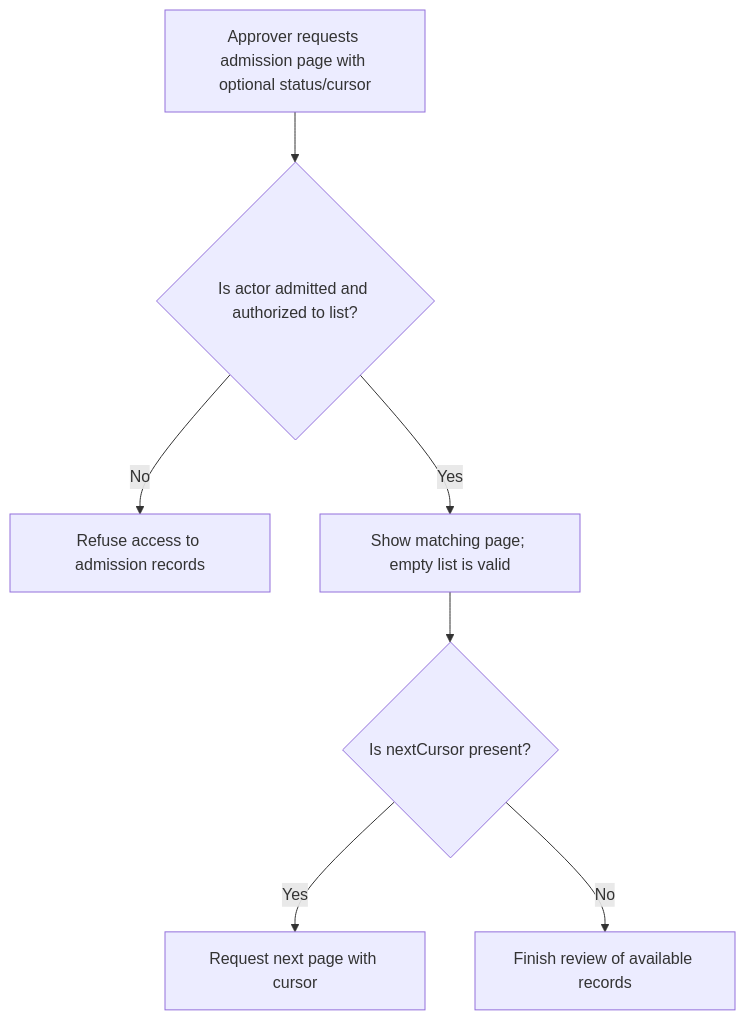
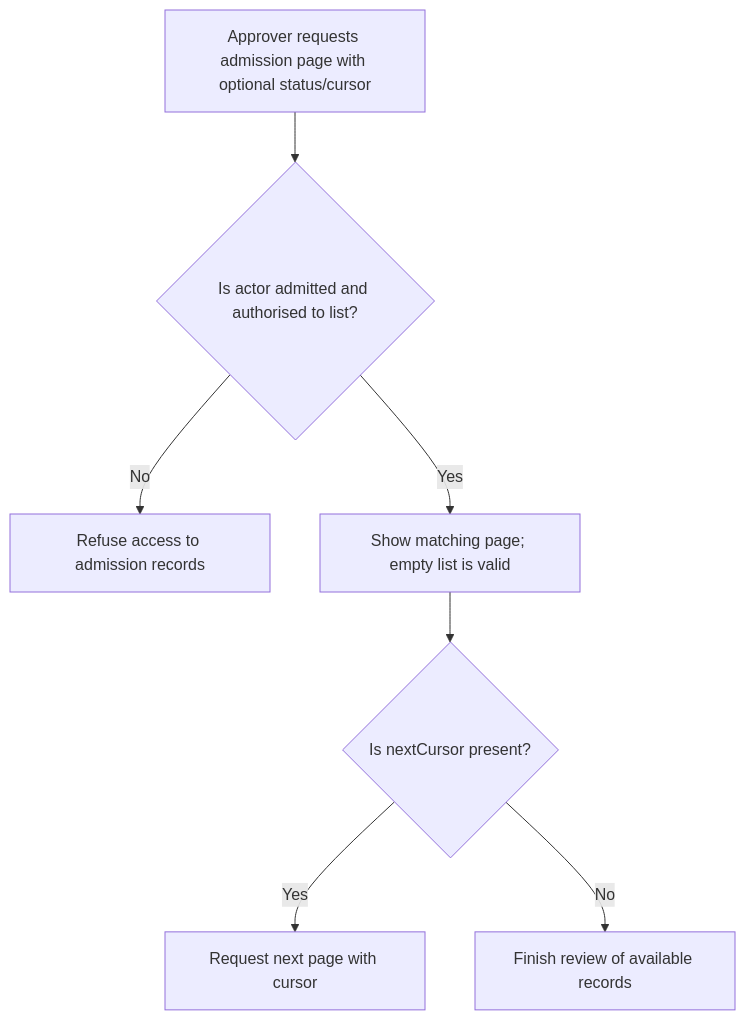
The first of 2 diagrams in user-stories/US-ACCOUNT-45-list-admission-records.md (Kevinjohn/oss-adonisjs-account-kit), drawn with Mermaid before and after one commit. The commit also changed other lines of this file and 93 other files, not shown here.

````diff
--- a/user-stories/US-ACCOUNT-45-list-admission-records.md
+++ b/user-stories/US-ACCOUNT-45-list-admission-records.md
@@ -19,9 +19,9 @@
 ```mermaid
 flowchart TD
- A["Approver requests admission page with optional status/cursor"] --> B{"Is actor admitted and authorized to list?"}
+ A["Approver requests admission page with optional status/cursor"] --> B{"Is actor admitted and authorised to list?"}
  B -->|No| C["Refuse access to admission records"]
  B -->|Yes| D["Show matching page; empty list is valid"]
  D --> E{"Is nextCursor present?"}
  E -->|Yes| F["Request next page with cursor"]
  E -->|No| G["Finish review of available records"]
 ```
````
